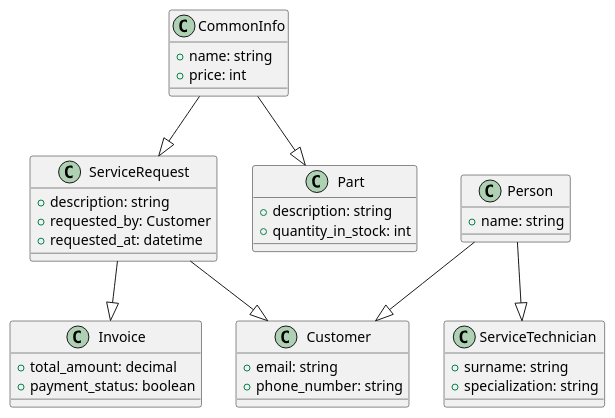
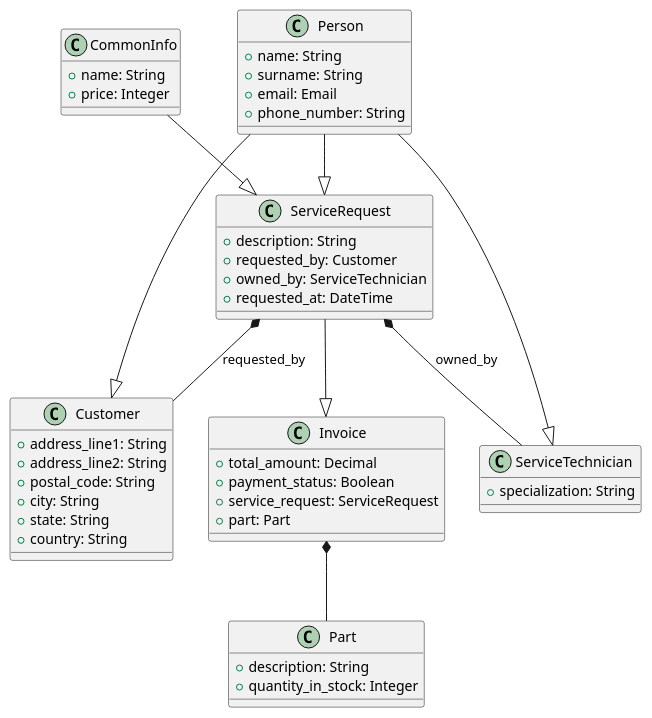
One commit to Fluorky/Computer-Service-Django-Api changed the diagram in umlDiagrams/computer_service_class_diagram.plantuml. Above: the diagram before and after it, drawn with PlantUML. The commit also changed 3 other files, not shown here.

Commit message:
Create and update plantumls diagrams

```diff
--- a/umlDiagrams/computer_service_class_diagram.plantuml
+++ b/umlDiagrams/computer_service_class_diagram.plantuml
@@ -1,45 +1,47 @@
 @startuml
-
 class CommonInfo {
-  +name: string
-  +price: int
+  + name: String
+  + price: Integer 
 }
-
 class Person {
-  +name: string
+  + name: String
+  + surname: String
+  + email: Email
+  + phone_number: String
 }
-
 class ServiceRequest {
-  +description: string
-  +requested_by: Customer
-  +requested_at: datetime
+  + description: String
+  + requested_by: Customer
+  + owned_by: ServiceTechnician
+  + requested_at: DateTime
 }
-
 class Invoice {
-  +total_amount: decimal
-  +payment_status: boolean
+  + total_amount: Decimal
+  + payment_status: Boolean 
+  + service_request: ServiceRequest
+  + part: Part
 }
-
 class Part {
-  +description: string
-  +quantity_in_stock: int
+  + description: String
+  + quantity_in_stock: Integer 
 }
-
 class ServiceTechnician {
-  +surname: string
-  +specialization: string
+  + specialization: String
 }
-
 class Customer {
-  +email: string
-  +phone_number: string
+  + address_line1: String
+  + address_line2: String
+  + postal_code: String
+  + city: String
+  + state: String
+  + country: String
 }
-
 CommonInfo --|> ServiceRequest
-CommonInfo --|> Part
+Person --|> ServiceRequest
+ServiceRequest --|> Invoice
+ServiceRequest *-- Customer : requested_by
+ServiceRequest *-- ServiceTechnician : owned_by
+Invoice *-- Part
 Person --|> ServiceTechnician
 Person --|> Customer
-ServiceRequest --|> Invoice
-ServiceRequest --|> Customer
-
 @enduml
```
